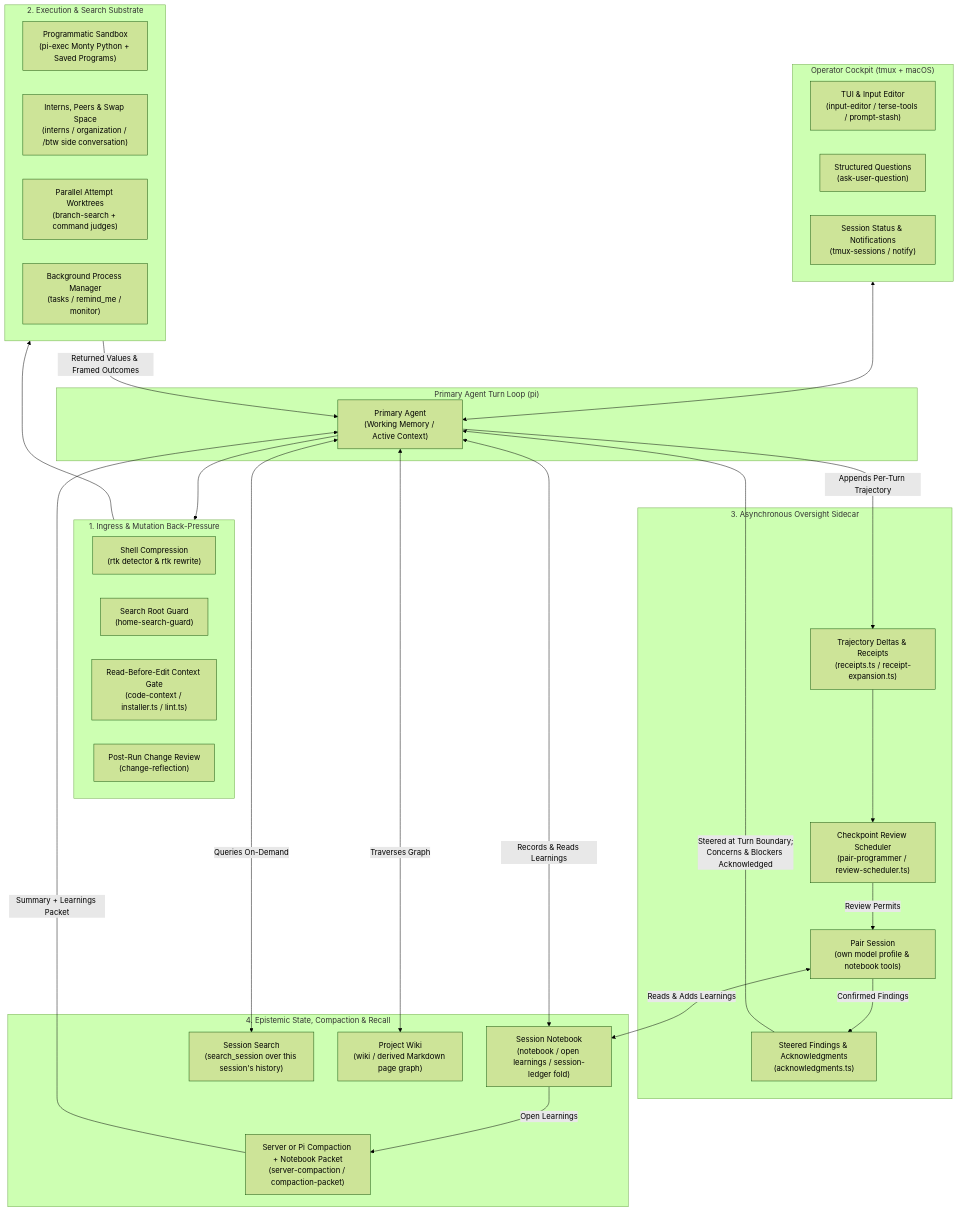
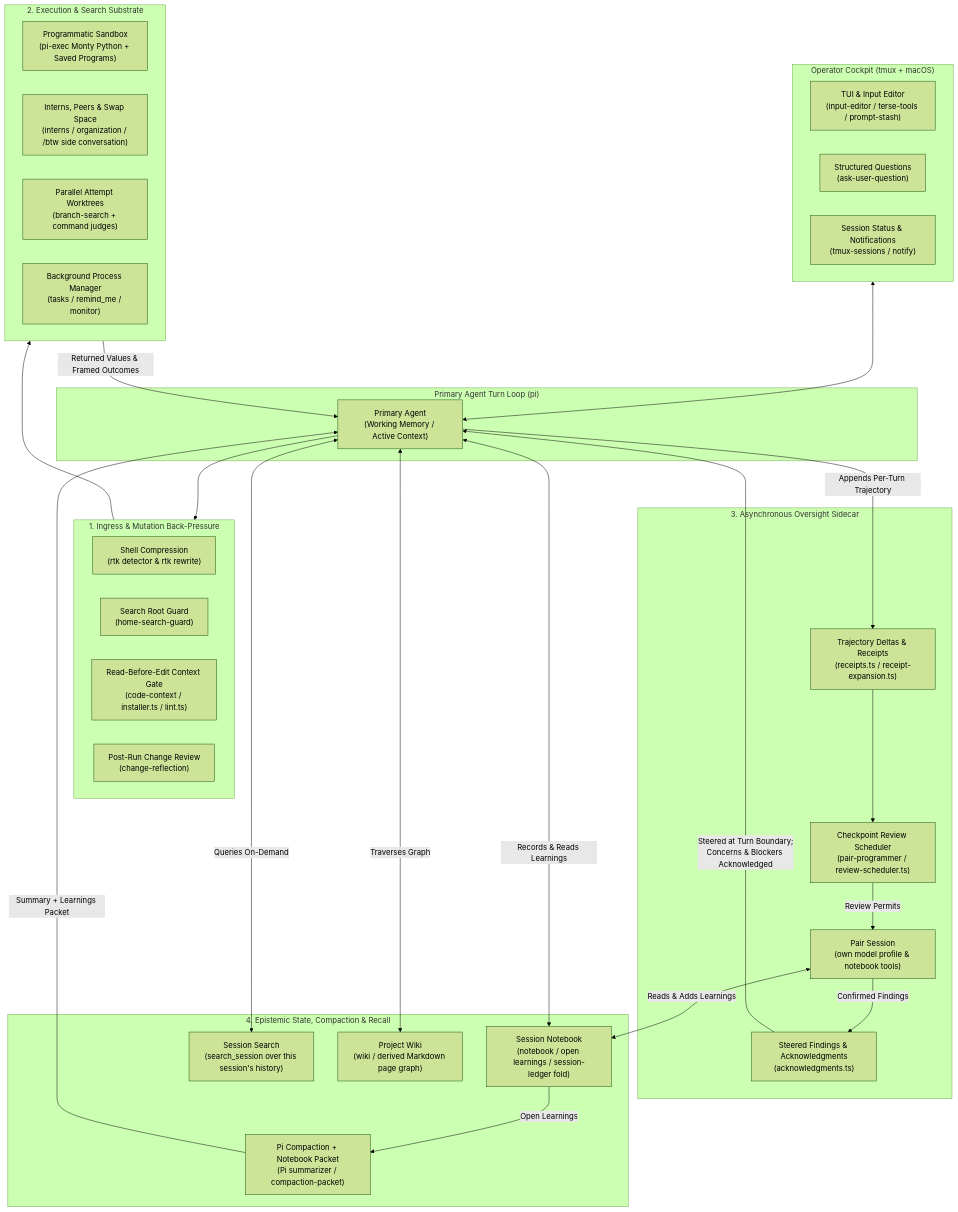
Before and after one commit to z3z1ma/apple-pi: the first of 7 diagrams in README.md, drawn with Mermaid (forest theme). The commit also changed other lines of this file and 41 other files, not shown here.

````diff
--- a/README.md
+++ b/README.md
@@ -37,58 +37,58 @@
 ```mermaid
 flowchart TB
     subgraph Operator["Operator Cockpit (tmux + macOS)"]
         TUI["TUI & Input Editor<br/>(input-editor / terse-tools / prompt-stash)"]
         ASK["Structured Questions<br/>(ask-user-question)"]
         TMUX["Session Status & Notifications<br/>(tmux-sessions / notify)"]
     end
 
     subgraph PrimaryLoop["Primary Agent Turn Loop (pi)"]
         MAIN["Primary Agent<br/>(Working Memory / Active Context)"]
     end
 
     subgraph BackPressure["1. Ingress & Mutation Back-Pressure"]
         RTK["Shell Compression<br/>(rtk detector & rtk rewrite)"]
         HSG["Search Root Guard<br/>(home-search-guard)"]
         CCG["Read-Before-Edit Context Gate<br/>(code-context / installer.ts / lint.ts)"]
         CREF["Post-Run Change Review<br/>(change-reflection)"]
     end
 
     subgraph Execution["2. Execution & Search Substrate"]
         PIEXEC["Programmatic Sandbox<br/>(pi-exec Monty Python + Saved Programs)"]
         SUB["Interns, Peers & Swap Space<br/>(interns / organization / /btw side conversation)"]
         BSEARCH["Parallel Attempt Worktrees<br/>(branch-search + command judges)"]
         TASKS["Background Process Manager<br/>(tasks / remind_me / monitor)"]
     end
 
     subgraph Bicameral["3. Asynchronous Oversight Sidecar"]
         RECEIPTS["Trajectory Deltas & Receipts<br/>(receipts.ts / receipt-expansion.ts)"]
         SCHED["Checkpoint Review Scheduler<br/>(pair-programmer / review-scheduler.ts)"]
         PAIR["Pair Session<br/>(own model profile & notebook tools)"]
         ESC["Steered Findings & Acknowledgments<br/>(acknowledgments.ts)"]
     end
 
     subgraph Memory["4. Epistemic State, Compaction & Recall"]
         LEDGER["Session Notebook<br/>(notebook / open learnings / session-ledger fold)"]
-        COMPACT["Server or Pi Compaction + Notebook Packet<br/>(server-compaction / compaction-packet)"]
+        COMPACT["Pi Compaction + Notebook Packet<br/>(Pi summarizer / compaction-packet)"]
         SSEARCH["Session Search<br/>(search_session over this session's history)"]
         WIKI["Project Wiki<br/>(wiki / derived Markdown page graph)"]
     end
 
     Operator <--> MAIN
     MAIN --> BackPressure
     BackPressure --> Execution
     Execution -->|Returned Values & Framed Outcomes| MAIN
 
     MAIN -->|Appends Per-Turn Trajectory| RECEIPTS
     RECEIPTS --> SCHED
     SCHED -->|Review Permits| PAIR
     PAIR <-->|Reads & Adds Learnings| LEDGER
     PAIR -->|Confirmed Findings| ESC
     ESC -->|Steered at Turn Boundary;<br/>Concerns & Blockers Acknowledged| MAIN
 
     MAIN <-->|Records & Reads Learnings| LEDGER
     LEDGER -->|Open Learnings| COMPACT
     COMPACT -->|Summary + Learnings Packet| MAIN
     MAIN <-->|Queries On-Demand| SSEARCH
     MAIN <-->|Traverses Graph| WIKI
 ```
````
